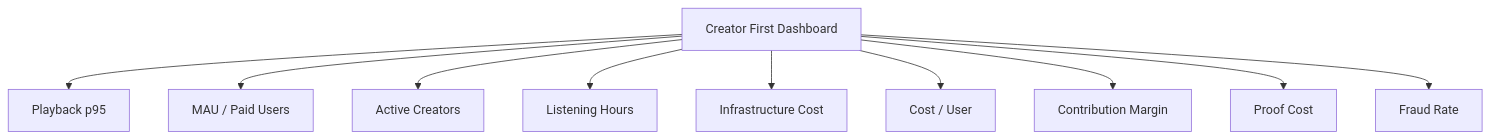
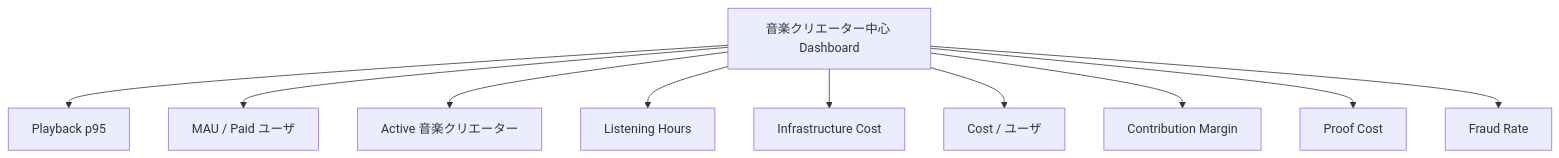
Before and after one commit to ShigeichiroYamasaki/creator-first-platform: diagram 37 of 47 in docs/whitepaper/12-infrastructure-cost.md, drawn with Mermaid. The commit also changed other lines of this file and 67 other files, not shown here.

````diff
--- a/docs/whitepaper/12-infrastructure-cost.md
+++ b/docs/whitepaper/12-infrastructure-cost.md
@@ -1581,14 +1581,14 @@
 ```mermaid
 flowchart TD
-    DASH[Creator First Dashboard]
+    DASH[音楽クリエーター中心 Dashboard]
 
     DASH --> UX[Playback p95]
-    DASH --> USER[MAU / Paid Users]
-    DASH --> CREATOR[Active Creators]
+    DASH --> USER[MAU / Paid ユーザ]
+    DASH --> CREATOR[Active 音楽クリエーター]
     DASH --> PLAY[Listening Hours]
     DASH --> COST[Infrastructure Cost]
-    DASH --> UNIT[Cost / User]
+    DASH --> UNIT[Cost / ユーザ]
     DASH --> MARGIN[Contribution Margin]
     DASH --> PROOF[Proof Cost]
     DASH --> FRAUD[Fraud Rate]
 ```
````
